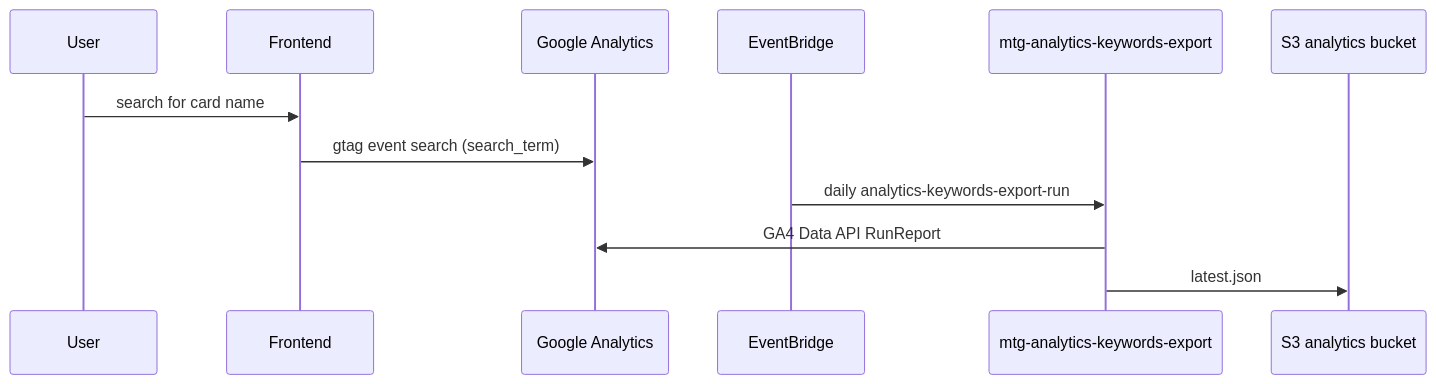
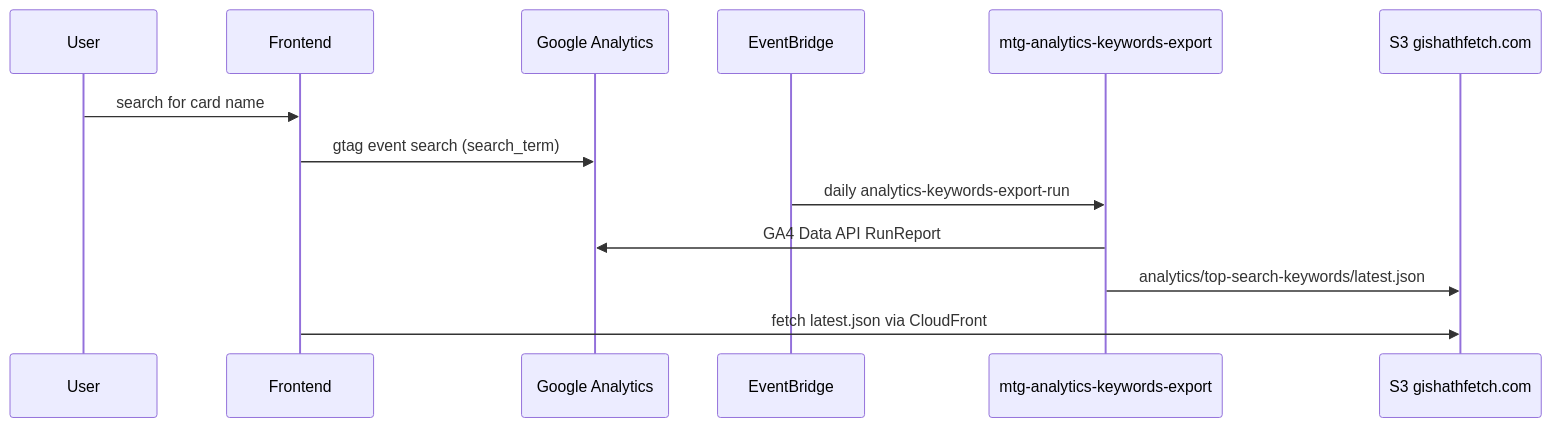
One commit to xenodus/gishathfetch changed the second of 5 diagrams in README.md. Above: the diagram before and after it, drawn with Mermaid. The commit also changed other lines of this file and 3 other files, not shown here.

First line of the commit message:
Write analytics keywords latest.json to frontend S3 bucket

````diff
--- a/README.md
+++ b/README.md
@@ -96,15 +95,16 @@
 ```mermaid
 sequenceDiagram
     participant U as User
     participant FE as Frontend
     participant GA as Google Analytics
     participant EB as EventBridge
     participant L as mtg-analytics-keywords-export
-    participant S3 as S3 analytics bucket
+    participant S3 as S3 gishathfetch.com
 
     U->>FE: search for card name
     FE->>GA: gtag event search (search_term)
     EB->>L: daily analytics-keywords-export-run
     L->>GA: GA4 Data API RunReport
-    L->>S3: latest.json
+    L->>S3: analytics/top-search-keywords/latest.json
+    FE->>S3: fetch latest.json via CloudFront
 ```
````
